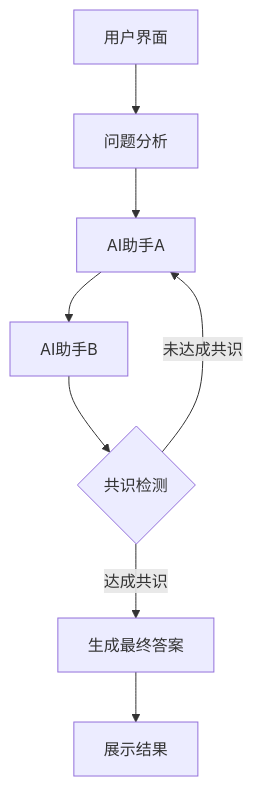
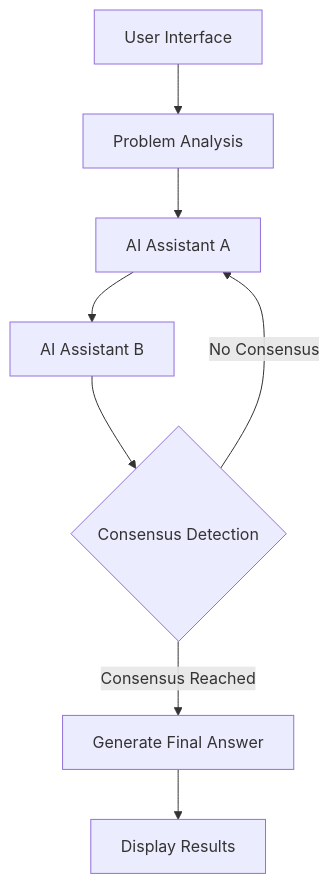
The diagram in README.md (ct-jyjntc/ai-discussion), drawn with Mermaid before and after one commit. The commit also changed other lines of this file, not shown here.

````diff
--- a/README.md
+++ b/README.md
@@ -51,10 +70,10 @@
 ```mermaid
 graph TD
-    A[用户界面] --> B[问题分析]
-    B --> C[AI助手A]
-    C --> D[AI助手B]
-    D --> E{共识检测}
-    E -->|未达成共识| C
-    E -->|达成共识| F[生成最终答案]
-    F --> G[展示结果]
+    A[User Interface] --> B[Problem Analysis]
+    B --> C[AI Assistant A]
+    C --> D[AI Assistant B]
+    D --> E{Consensus Detection}
+    E -->|No Consensus| C
+    E -->|Consensus Reached| F[Generate Final Answer]
+    F --> G[Display Results]
 ```
````
